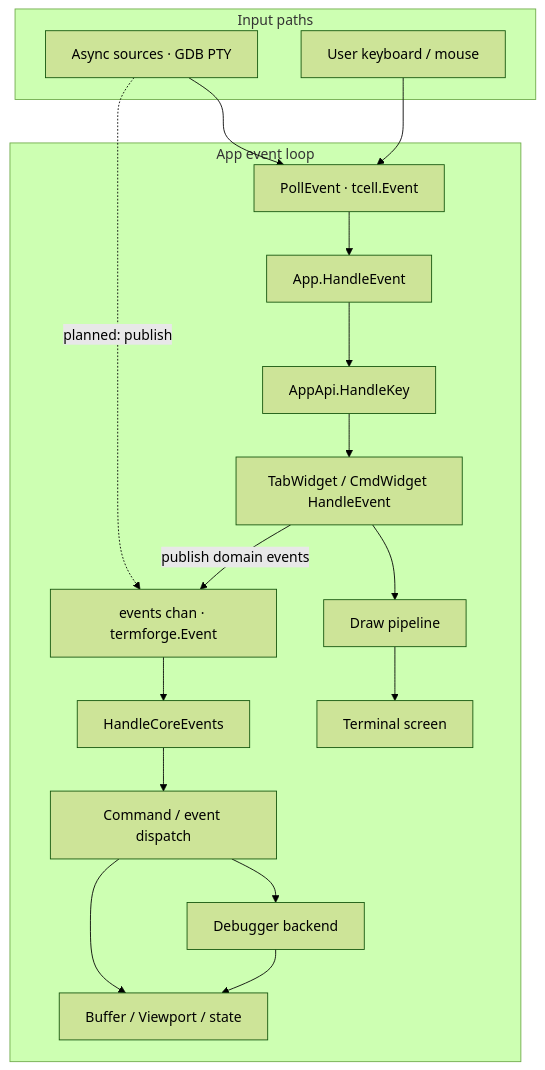
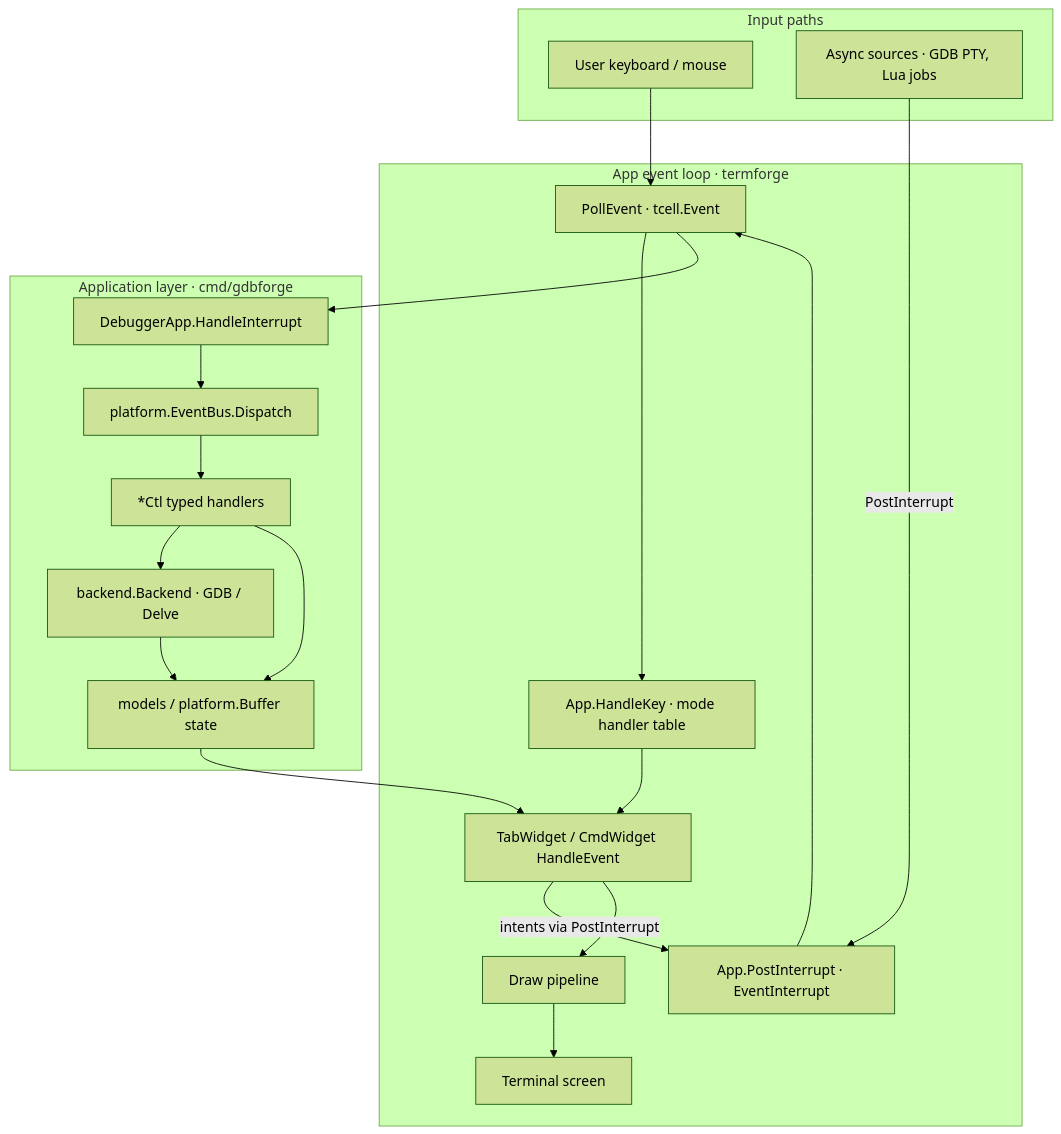
Before and after one commit to yairgd/gdbforge: the eighth of 11 diagrams in docs/ARCHITECTURE.md, drawn with Mermaid (forest theme). The commit also changed other lines of this file and 18 other files, not shown here.

````diff
--- a/docs/ARCHITECTURE.md
+++ b/docs/ARCHITECTURE.md
@@ -755,37 +790,38 @@
 ```mermaid
 flowchart TB
     subgraph Input["Input paths"]
         User["User keyboard / mouse"]
-        Async["Async sources · GDB PTY"]
+        Async["Async sources · GDB PTY, Lua jobs"]
     end
 
-    subgraph App["App event loop"]
+    subgraph Loop["App event loop · termforge"]
         Poll["PollEvent · tcell.Event"]
-        Bus["events chan · termforge.Event"]
-        TermHandler["App.HandleEvent"]
-        HandleKey["AppApi.HandleKey"]
+        KeyRoute["App.HandleKey · mode handler table"]
         Widgets["TabWidget / CmdWidget HandleEvent"]
-        CoreHub["HandleCoreEvents"]
+        Interrupt["App.PostInterrupt · EventInterrupt"]
         Draw["Draw pipeline"]
         Screen["Terminal screen"]
     end
 
-    subgraph App["Application layer"]
-        Dispatch["Command / event dispatch"]
-        Debugger["Debugger backend"]
-        Model["Buffer / Viewport / state"]
+    subgraph AppLayer["Application layer · cmd/gdbforge"]
+        HI["DebuggerApp.HandleInterrupt"]
+        Bus["platform.EventBus.Dispatch"]
+        Ctls["*Ctl typed handlers"]
+        Debugger["backend.Backend · GDB / Delve"]
+        Model["models / platform.Buffer state"]
     end
 
     User --> Poll
-    Async --> Poll
-    Poll --> TermHandler
-    TermHandler --> HandleKey --> Widgets
-    Widgets -->|"publish domain events"| Bus
-    Async -.->|"planned: publish"| Bus
-    Bus --> CoreHub --> Dispatch
-    Dispatch --> Debugger
+    Poll --> KeyRoute --> Widgets
+    Widgets -->|"intents via PostInterrupt"| Interrupt
+    Async -->|"PostInterrupt"| Interrupt
+    Interrupt --> Poll
+    Poll --> HI
+    HI --> Bus --> Ctls
+    Ctls --> Debugger
     Debugger --> Model
-    Dispatch --> Model
+    Ctls --> Model
+    Model --> Widgets
     Widgets --> Draw
     Draw --> Screen
 ```
````
